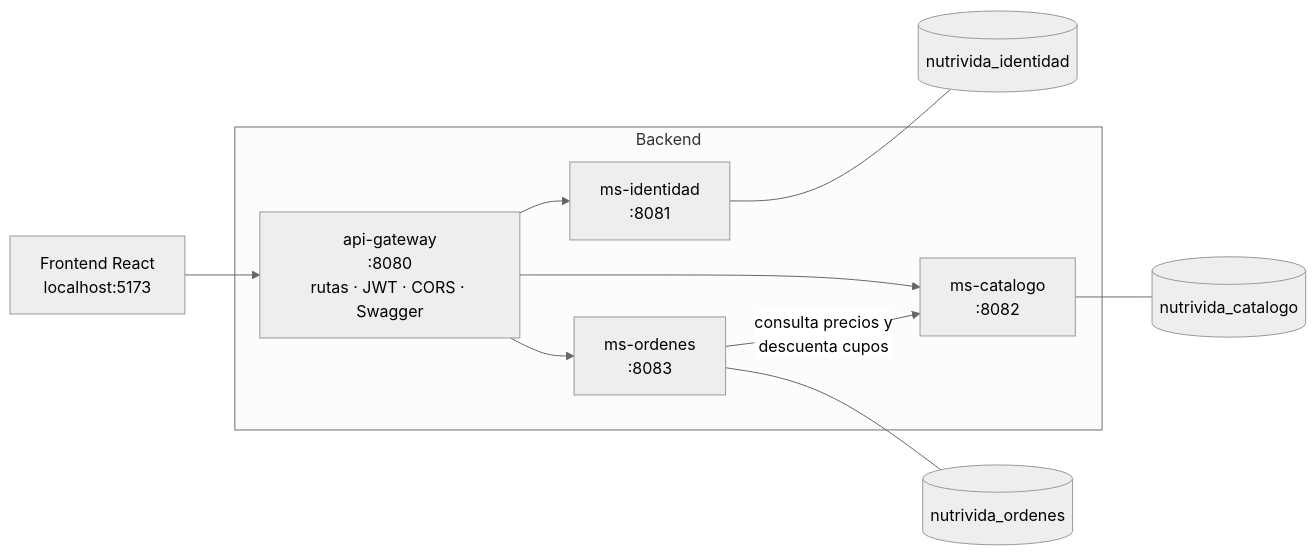
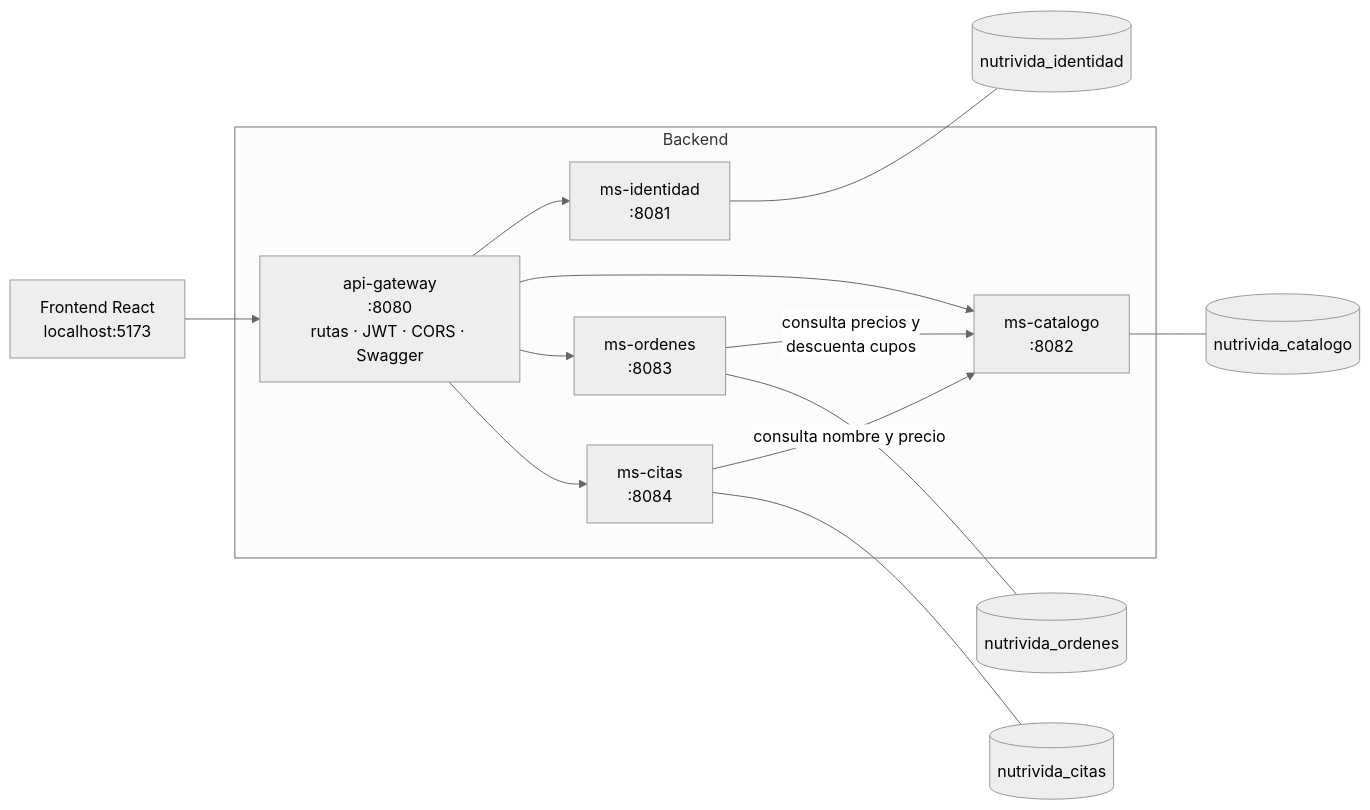
One commit to MagePower91/NutriVida-Backend changed the diagram in README.md. Above: the diagram before and after it, drawn with Mermaid (neutral theme). The commit also changed other lines of this file and 17 other files, not shown here.

````diff
--- a/README.md
+++ b/README.md
@@ -13,20 +13,24 @@
 ```mermaid
 flowchart LR
     FE[Frontend React<br/>localhost:5173] --> GW
 
     subgraph Backend
         GW[api-gateway<br/>:8080<br/>rutas · JWT · CORS · Swagger]
         ID[ms-identidad<br/>:8081]
         CA[ms-catalogo<br/>:8082]
         OR[ms-ordenes<br/>:8083]
+        CI[ms-citas<br/>:8084]
     end
 
     GW --> ID
     GW --> CA
     GW --> OR
+    GW --> CI
+    CI -- consulta nombre y precio --> CA
     OR -- consulta precios y<br/>descuenta cupos --> CA
 
     ID --- DB1[(nutrivida_identidad)]
     CA --- DB2[(nutrivida_catalogo)]
     OR --- DB3[(nutrivida_ordenes)]
+    CI --- DB4[(nutrivida_citas)]
 ```
````
